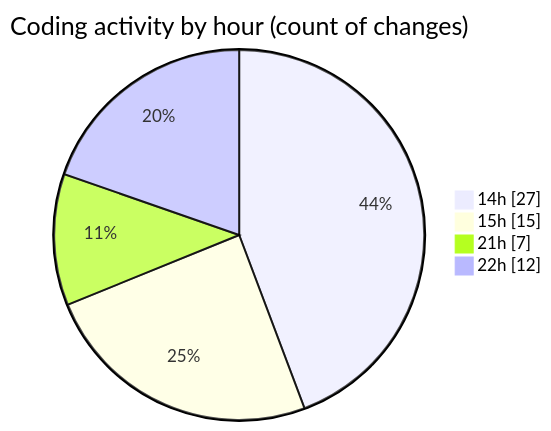
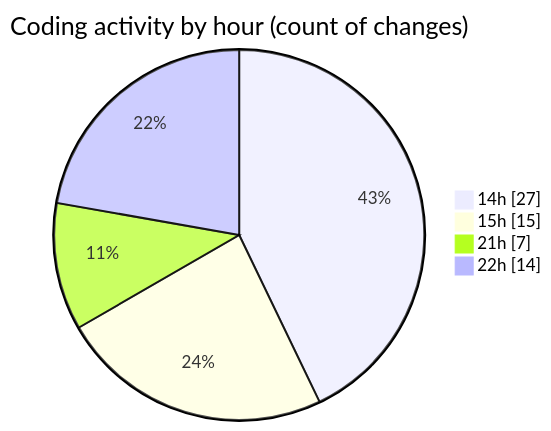
The second of 2 diagrams in 2025-03-22/back-end/README.md (Netris89/code-tracking), drawn with Mermaid before and after one commit. The commit also changed other lines of this file and 1 other file, not shown here.

````diff
--- a/2025-03-22/back-end/README.md
+++ b/2025-03-22/back-end/README.md
@@ -34,8 +35,8 @@
 ```mermaid
 pie showData
 title Coding activity by hour (count of changes)
 "14h" : 27
 "15h" : 15
 "21h" : 7
-"22h" : 12
+"22h" : 14
 ```
````
